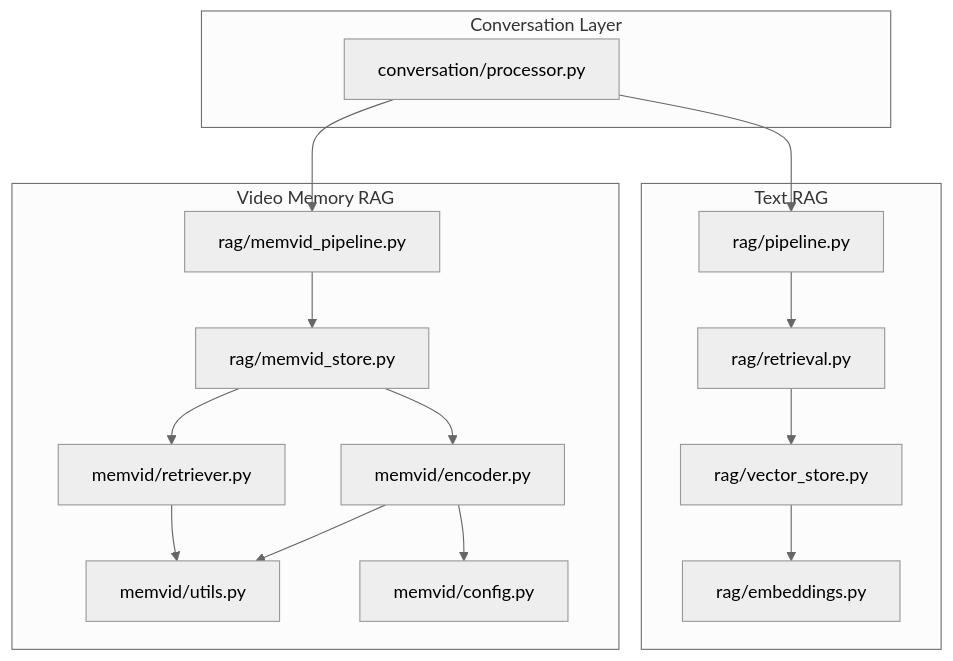
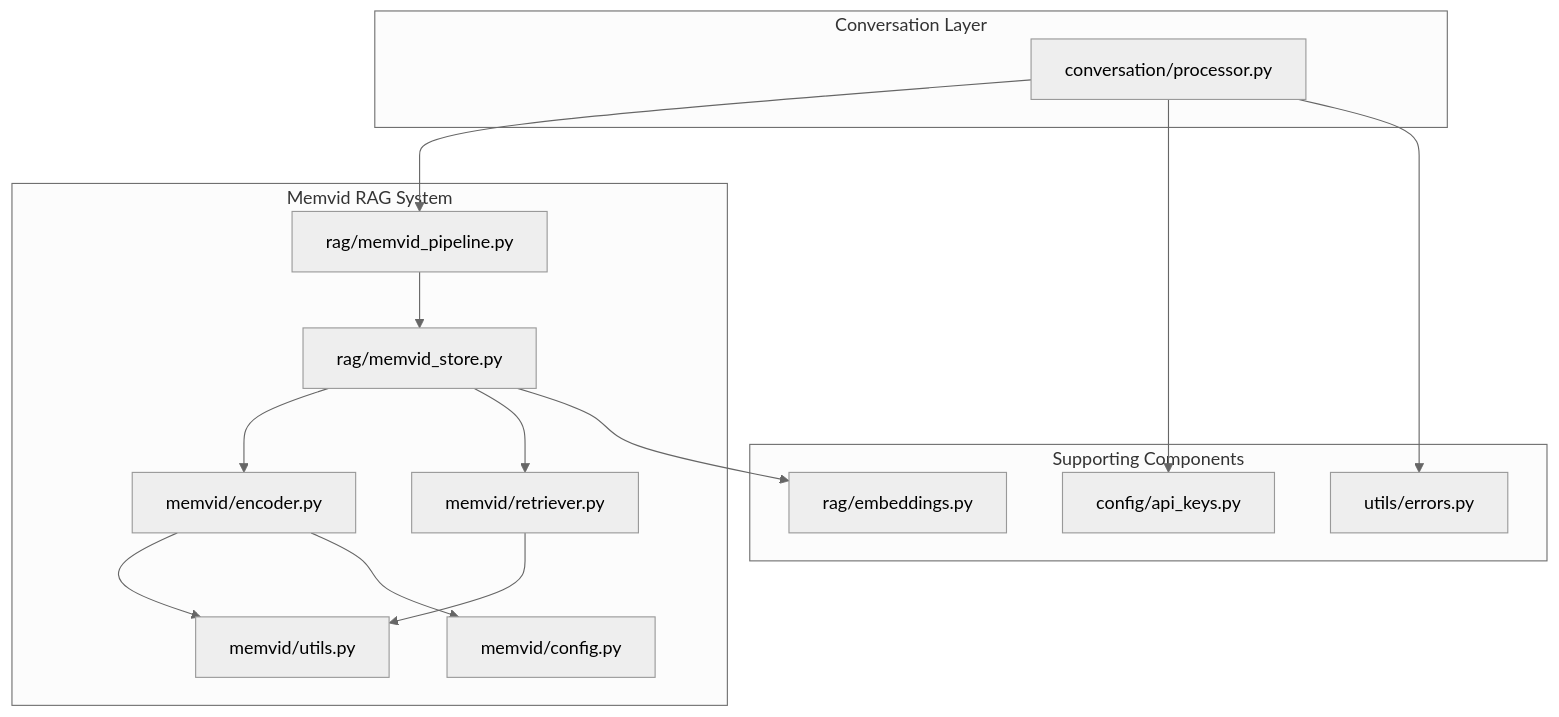
The first of 6 diagrams in .qoder/repowiki/en/content/Retrieval-Augmented Generation (RAG)/Retrieval-Augmented Generation (RAG).md (MOK-5-ha/MayaMCP), drawn with Mermaid (neutral theme) before and after one commit. The commit also changed other lines of this file and 27 other files, not shown here.

````diff
--- a/.qoder/repowiki/en/content/Retrieval-Augmented Generation (RAG)/Retrieval-Augmented Generation (RAG).md
+++ b/.qoder/repowiki/en/content/Retrieval-Augmented Generation (RAG)/Retrieval-Augmented Generation (RAG).md
@@ -48,31 +51,29 @@
 ```mermaid
 graph TB
 subgraph "Conversation Layer"
 CP["conversation/processor.py"]
 end
-subgraph "Text RAG"
-RP["rag/pipeline.py"]
-RR["rag/retrieval.py"]
-RV["rag/vector_store.py"]
-EMB["rag/embeddings.py"]
-end
-subgraph "Video Memory RAG"
+subgraph "Memvid RAG System"
 MP["rag/memvid_pipeline.py"]
 MS["rag/memvid_store.py"]
 ME["memvid/encoder.py"]
 MR["memvid/retriever.py"]
 MU["memvid/utils.py"]
 MC["memvid/config.py"]
 end
-CP --> RP
+subgraph "Supporting Components"
+EMB["rag/embeddings.py"]
+AK["config/api_keys.py"]
+ER["utils/errors.py"]
+end
 CP --> MP
-RP --> RR
-RR --> RV
-RV --> EMB
 MP --> MS
 MS --> ME
 MS --> MR
 MR --> MU
 ME --> MU
 ME --> MC
+MS --> EMB
+CP --> AK
+CP --> ER
 ```
````
